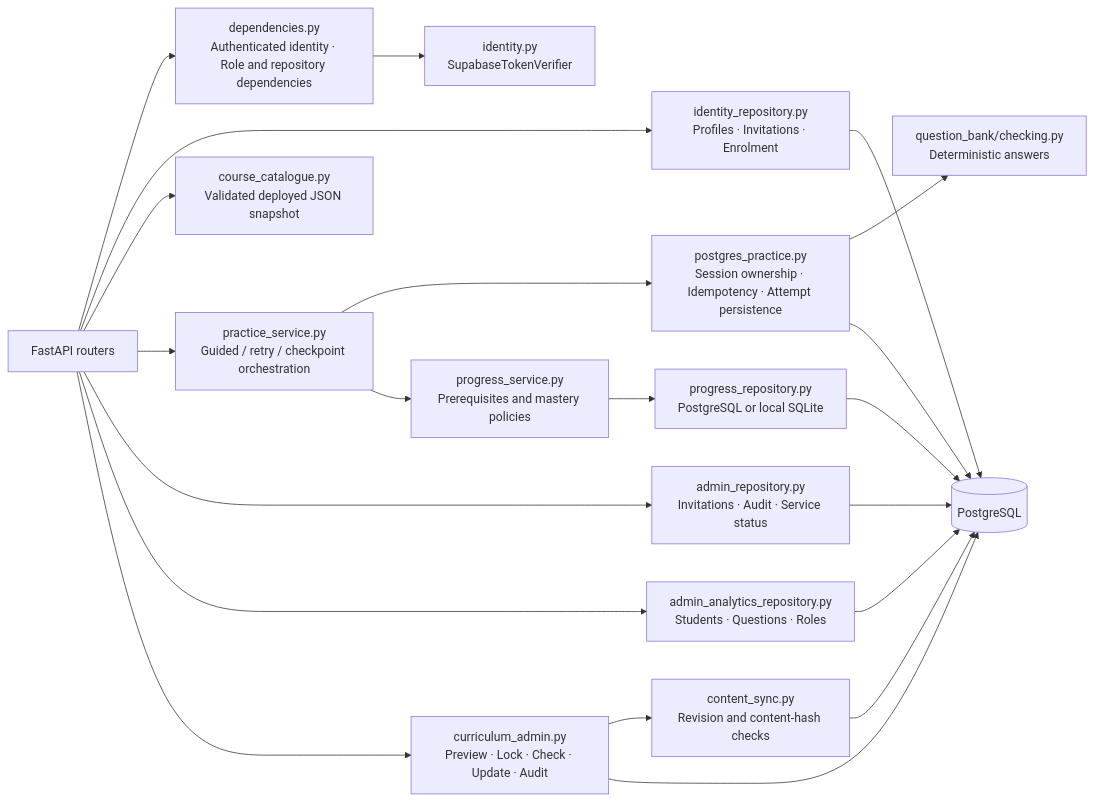
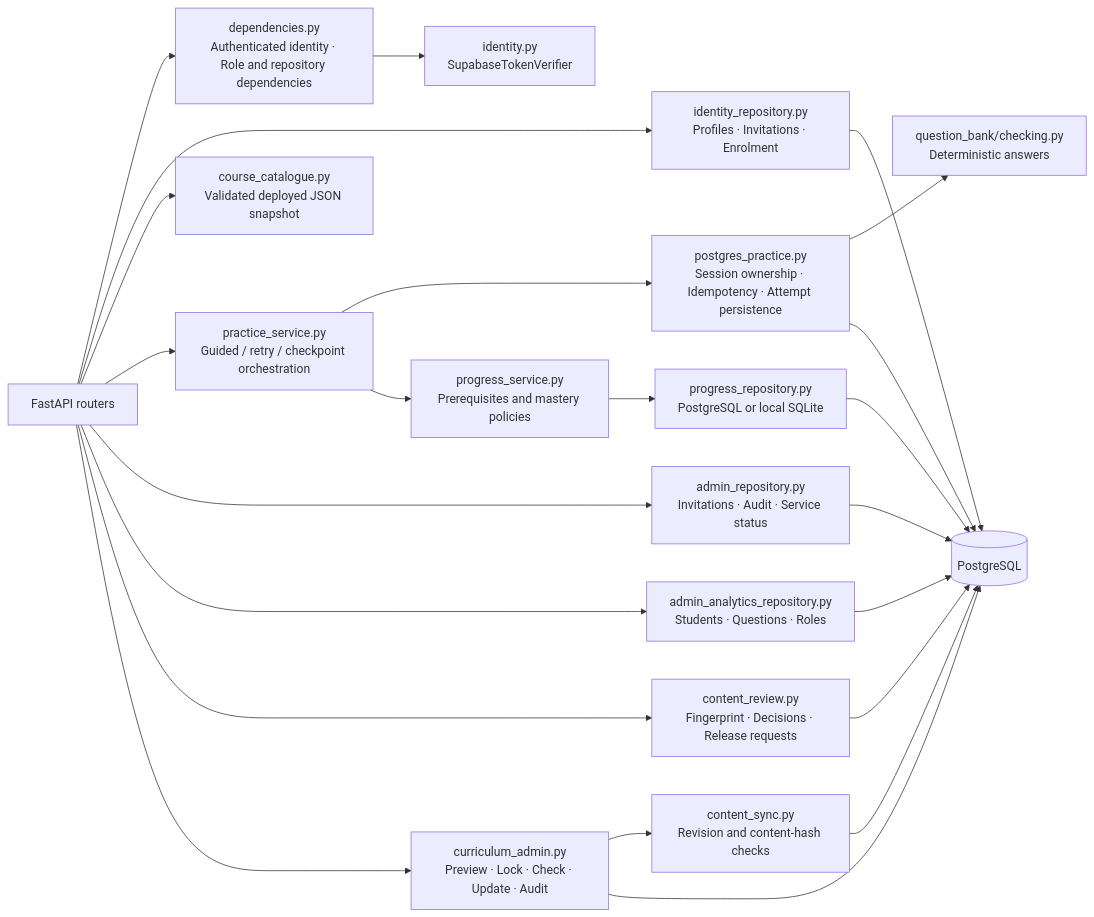
Before and after one commit to Willedward/asean_academy: the second of 9 diagrams in docs/plan/BETA_ARCHITECTURE.md, drawn with Mermaid. The commit also changed other lines of this file and 25 other files, not shown here.

Commit message:
Add content review and controlled publication workflow

````diff
--- a/docs/plan/BETA_ARCHITECTURE.md
+++ b/docs/plan/BETA_ARCHITECTURE.md
@@ -140,38 +144,41 @@
 ```mermaid
 flowchart LR
   ROUTES["FastAPI routers"]
   DEP["dependencies.py<br/>Authenticated identity · Role and repository dependencies"]
   ID["identity.py<br/>SupabaseTokenVerifier"]
   IDREPO["identity_repository.py<br/>Profiles · Invitations · Enrolment"]
   CAT["course_catalogue.py<br/>Validated deployed JSON snapshot"]
   PS["practice_service.py<br/>Guided / retry / checkpoint orchestration"]
   PE["postgres_practice.py<br/>Session ownership · Idempotency · Attempt persistence"]
   CHECK["question_bank/checking.py<br/>Deterministic answers"]
   GS["progress_service.py<br/>Prerequisites and mastery policies"]
   GR["progress_repository.py<br/>PostgreSQL or local SQLite"]
   ADMIN["admin_repository.py<br/>Invitations · Audit · Service status"]
   ANALYTICS["admin_analytics_repository.py<br/>Students · Questions · Roles"]
+  REVIEW["content_review.py<br/>Fingerprint · Decisions · Release requests"]
   TRANSITION["curriculum_admin.py<br/>Preview · Lock · Check · Update · Audit"]
   HEALTH["content_sync.py<br/>Revision and content-hash checks"]
   PG[("PostgreSQL")]
   ROUTES --> DEP
   DEP --> ID
   ROUTES --> IDREPO
   ROUTES --> CAT
   ROUTES --> PS
   PS --> PE
   PE --> CHECK
   PS --> GS
   GS --> GR
   ROUTES --> ADMIN
   ROUTES --> ANALYTICS
+  ROUTES --> REVIEW
   ROUTES --> TRANSITION
   TRANSITION --> HEALTH
   IDREPO --> PG
   PE --> PG
   GR --> PG
   ADMIN --> PG
   ANALYTICS --> PG
+  REVIEW --> PG
   TRANSITION --> PG
   HEALTH --> PG
 ```
````
